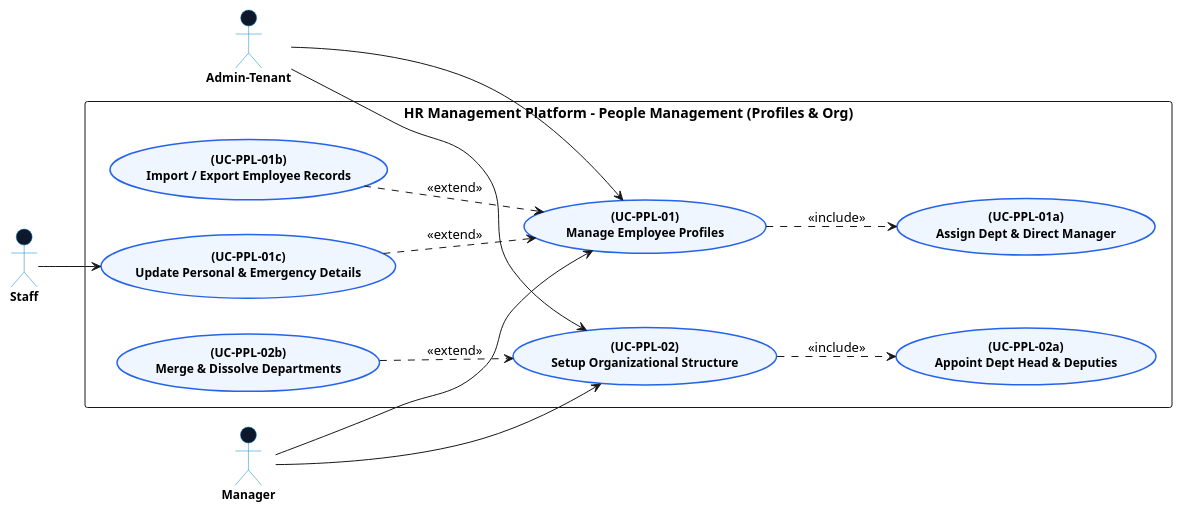
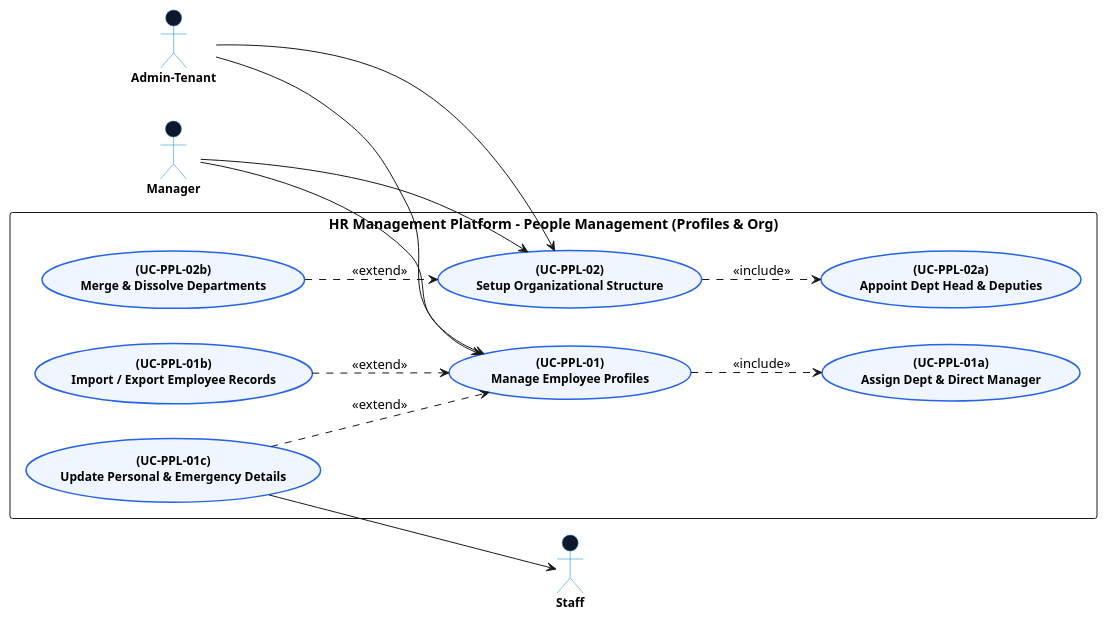
The diagram in docs/usecase_diagram/people_management/ProfileOrgDiagram.md (Dikhang1112/Monitoring_HR), drawn with PlantUML before and after one commit. The commit also changed other lines of this file and 17 other files, not shown here.

Commit message:
Usecase diagram of payroll

````diff
--- a/docs/usecase_diagram/people_management/ProfileOrgDiagram.md
+++ b/docs/usecase_diagram/people_management/ProfileOrgDiagram.md
@@ -9,72 +9,78 @@
 ```plantuml
 @startuml
 left to right direction
 skinparam packageStyle rectangle
 skinparam backgroundColor #ffffff
 skinparam shadowing false
 skinparam actorStyle stickman
 
 skinparam usecase {
   BackgroundColor #EFF6FF
   BorderColor #2563EB
   BorderThickness 1.5
   FontSize 12
   FontStyle bold
   FontName "Segoe UI"
 }
 
 skinparam actor {
   BackgroundColor #0F172A
   BorderColor #0284C7
   FontSize 12
   FontStyle bold
   FontName "Segoe UI"
 }
 
 ' =====================================================
-' PRIMARY ACTORS
+' PRIMARY ACTORS (LEFT SIDE)
 ' =====================================================
 actor "Admin-Tenant" as ADMIN
 actor "Manager" as MGR
-actor "Staff" as EMP
 
 ' =====================================================
-' SYSTEM BOUNDARY & USE CASES
+' SYSTEM BOUNDARY & USE CASES (CENTER)
 ' =====================================================
 rectangle "HR Management Platform - People Management (Profiles & Org)" {
     
     ' Employee Profiles Group
     usecase "(UC-PPL-01)\nManage Employee Profiles" as UC_PPL01
     usecase "(UC-PPL-01a)\nAssign Dept & Direct Manager" as UC_PPL01A
     usecase "(UC-PPL-01b)\nImport / Export Employee Records" as UC_PPL01B
     usecase "(UC-PPL-01c)\nUpdate Personal & Emergency Details" as UC_PPL01C
 
     ' Org Structure Group
     usecase "(UC-PPL-02)\nSetup Organizational Structure" as UC_PPL02
     usecase "(UC-PPL-02a)\nAppoint Dept Head & Deputies" as UC_PPL02A
     usecase "(UC-PPL-02b)\nMerge & Dissolve Departments" as UC_PPL02B
 }
 
 ' =====================================================
+' SECONDARY ACTORS (RIGHT SIDE)
+' =====================================================
+actor "Staff" as EMP
+
+' =====================================================
 ' ACTOR CONNECTIONS
 ' =====================================================
+' Left Actors to Use Cases
 ADMIN --> UC_PPL01
 ADMIN --> UC_PPL02
 
 MGR --> UC_PPL01
 MGR --> UC_PPL02
 
-EMP --> UC_PPL01C
+' Use Cases to Right Actor
+UC_PPL01C --> EMP
 
 ' =====================================================
 ' INCLUDE & EXTEND RELATIONSHIPS
 ' =====================================================
 UC_PPL01 ..> UC_PPL01A : <<include>>
 UC_PPL01B ..> UC_PPL01 : <<extend>>
 UC_PPL01C ..> UC_PPL01 : <<extend>>
 
 UC_PPL02 ..> UC_PPL02A : <<include>>
 UC_PPL02B ..> UC_PPL02 : <<extend>>
 
 @enduml
 ```
````
